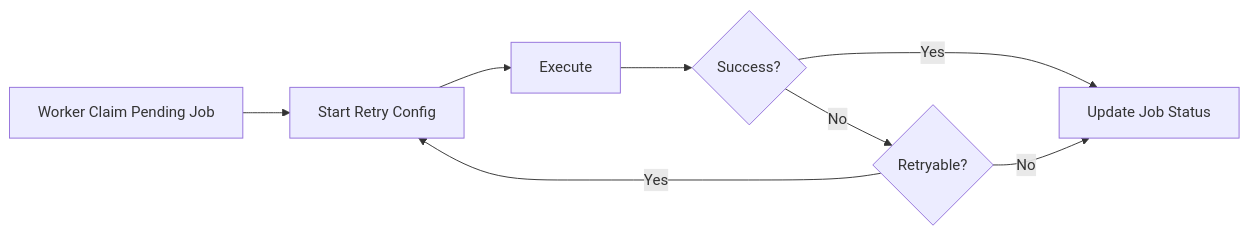
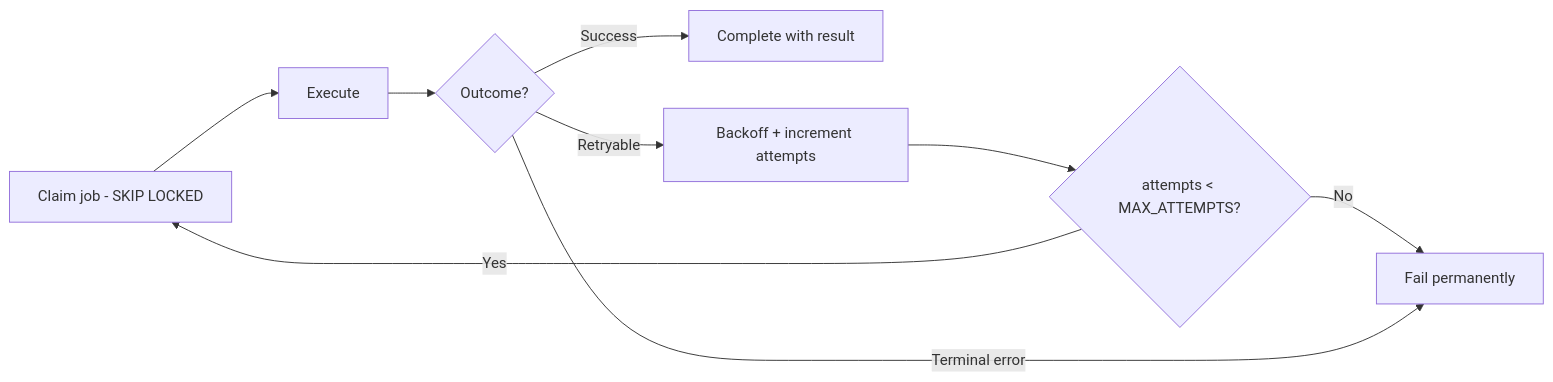
Before and after one commit to nexusmsg/nexus-oss: the seventh of 7 diagrams in docs/flow.md, drawn with Mermaid. The commit also changed other lines of this file and 10 other files, not shown here.

Commit message:
docs: update architecture and handoff records

````diff
--- a/docs/flow.md
+++ b/docs/flow.md
@@ -149,15 +145,13 @@
 ```mermaid
 flowchart LR
 
-A[Worker Claim Pending Job]
---> B[Start Retry Config]
---> C[Execute]
---> D{Success?}
-
-D -- Yes --> E[Update Job Status]
-
-D -- No --> F{Retryable?}
-
-F -- Yes --> B
-F -- No --> E
+A[Claim job - SKIP LOCKED]
+--> B[Execute]
+--> C{Outcome?}
+C -- Success --> D[Complete with result]
+C -- Retryable --> E[Backoff + increment attempts]
+E --> F{attempts < MAX_ATTEMPTS?}
+F -- Yes --> A
+F -- No --> G[Fail permanently]
+C -- Terminal error --> G
 ```
````
